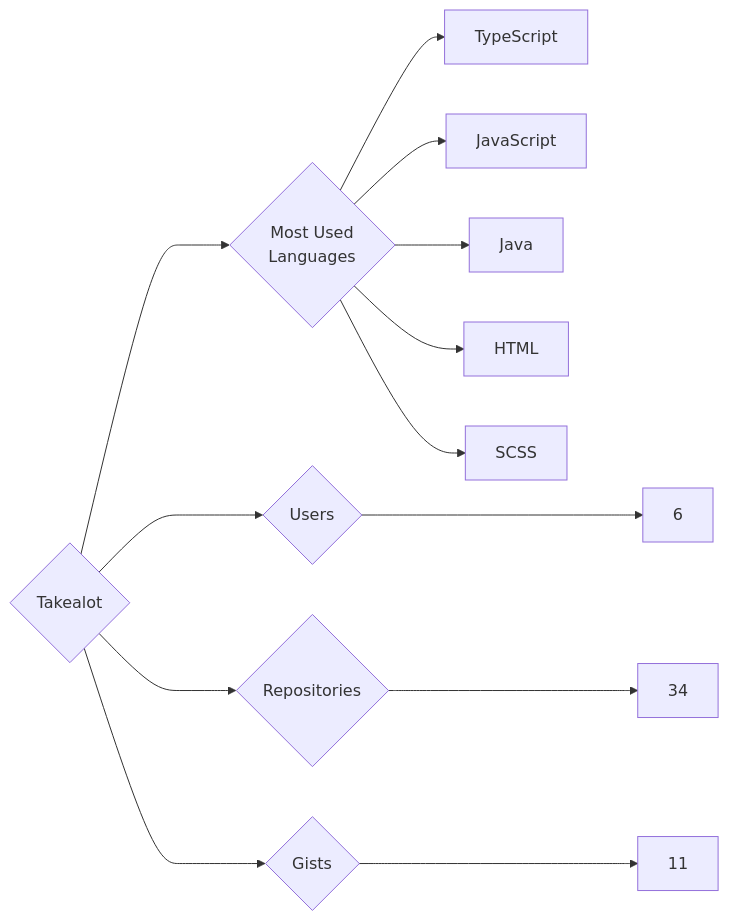
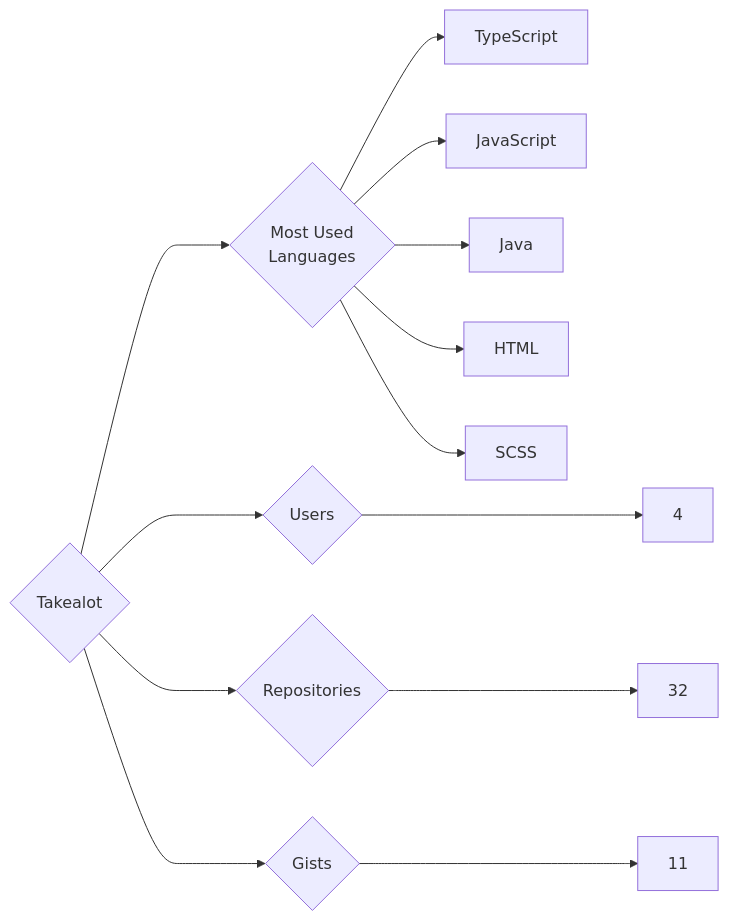
The diagram in targets/Takealot/README.md (trickest/insiders), drawn with Mermaid before and after one commit. The commit also changed 1484 other files, not shown here.

````diff
--- a/targets/Takealot/README.md
+++ b/targets/Takealot/README.md
@@ -3,13 +3,13 @@
 ```mermaid
 graph LR
 COMPANY_NAME{Takealot}
-COMPANY_NAME ---> U{Users} ---> UN[6]
-COMPANY_NAME ---> R{Repositories} ---> RN[34]
+COMPANY_NAME ---> U{Users} ---> UN[4]
+COMPANY_NAME ---> R{Repositories} ---> RN[32]
 COMPANY_NAME ---> G{Gists} ---> GN[11]
 COMPANY_NAME ---> ML{Most Used<br>Languages}
 ML --> TypeScript[TypeScript]
 ML --> JavaScript[JavaScript]
 ML --> Java[Java]
 ML --> HTML[HTML]
 ML --> SCSS[SCSS]
 ```
````
